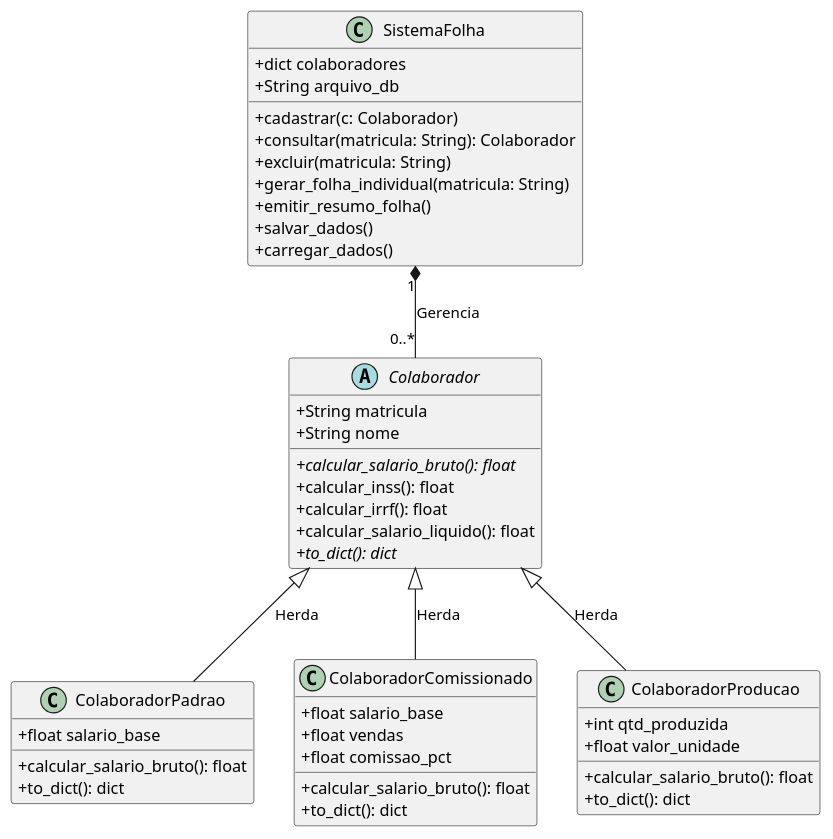
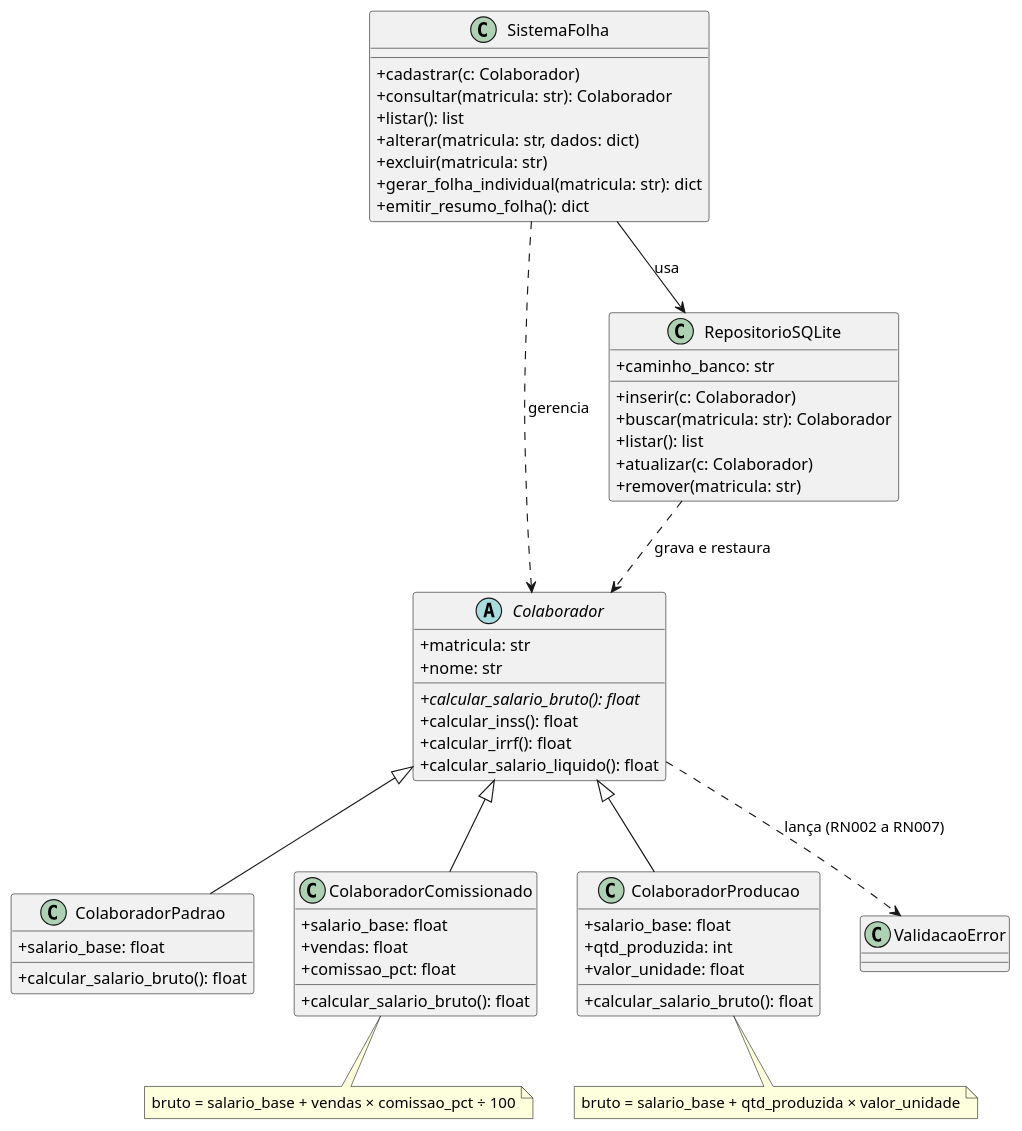
The diagram in 02_Analise/3.2-classes.puml (johnrosik/folha-pagamento-gqs), drawn with PlantUML before and after one commit. The commit also changed 12 other files, not shown here.

```diff
--- a/02_Analise/3.2-classes.puml
+++ b/02_Analise/3.2-classes.puml
@@ -1,52 +1,66 @@
 @startuml
 skinparam classAttributeIconSize 0
 
 abstract class Colaborador {
-    + String matricula
-    + String nome
+    + matricula: str
+    + nome: str
     + {abstract} calcular_salario_bruto(): float
     + calcular_inss(): float
     + calcular_irrf(): float
     + calcular_salario_liquido(): float
-    + {abstract} to_dict(): dict
 }
 
 class ColaboradorPadrao {
-    + float salario_base
+    + salario_base: float
     + calcular_salario_bruto(): float
-    + to_dict(): dict
 }
 
 class ColaboradorComissionado {
-    + float salario_base
-    + float vendas
-    + float comissao_pct
+    + salario_base: float
+    + vendas: float
+    + comissao_pct: float
     + calcular_salario_bruto(): float
-    + to_dict(): dict
+}
+note bottom of ColaboradorComissionado
+  bruto = salario_base + vendas × comissao_pct ÷ 100
+end note
+
+class ColaboradorProducao {
+    + salario_base: float
+    + qtd_produzida: int
+    + valor_unidade: float
+    + calcular_salario_bruto(): float
+}
+note bottom of ColaboradorProducao
+  bruto = salario_base + qtd_produzida × valor_unidade
+end note
+
+class SistemaFolha {
+    + cadastrar(c: Colaborador)
+    + consultar(matricula: str): Colaborador
+    + listar(): list
+    + alterar(matricula: str, dados: dict)
+    + excluir(matricula: str)
+    + gerar_folha_individual(matricula: str): dict
+    + emitir_resumo_folha(): dict
 }
 
-class ColaboradorProducao {
-    + int qtd_produzida
-    + float valor_unidade
-    + calcular_salario_bruto(): float
-    + to_dict(): dict
+class RepositorioSQLite {
+    + caminho_banco: str
+    + inserir(c: Colaborador)
+    + buscar(matricula: str): Colaborador
+    + listar(): list
+    + atualizar(c: Colaborador)
+    + remover(matricula: str)
 }
 
-class SistemaFolha {
-    + dict colaboradores
-    + String arquivo_db
-    + cadastrar(c: Colaborador)
-    + consultar(matricula: String): Colaborador
-    + excluir(matricula: String)
-    + gerar_folha_individual(matricula: String)
-    + emitir_resumo_folha()
-    + salvar_dados()
-    + carregar_dados()
-}
+class ValidacaoError
 
-Colaborador <|-- ColaboradorPadrao : Herda
-Colaborador <|-- ColaboradorComissionado : Herda
-Colaborador <|-- ColaboradorProducao : Herda
-SistemaFolha "1" *-- "0..*" Colaborador : Gerencia
-
+Colaborador <|-- ColaboradorPadrao
+Colaborador <|-- ColaboradorComissionado
+Colaborador <|-- ColaboradorProducao
+SistemaFolha --> RepositorioSQLite : usa
+SistemaFolha ..> Colaborador : gerencia
+RepositorioSQLite ..> Colaborador : grava e restaura
+Colaborador ..> ValidacaoError : lança (RN002 a RN007)
 @enduml
```
